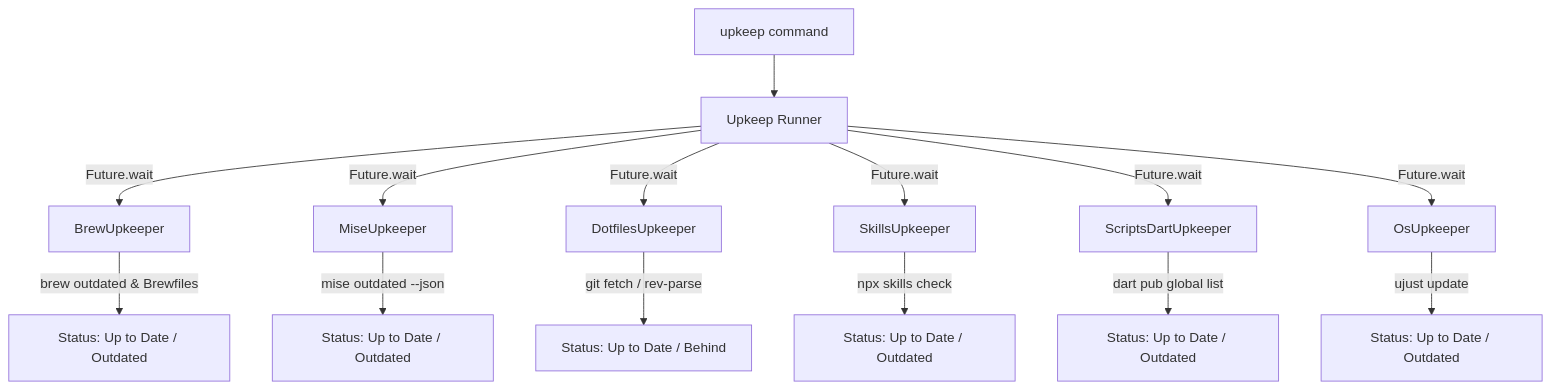
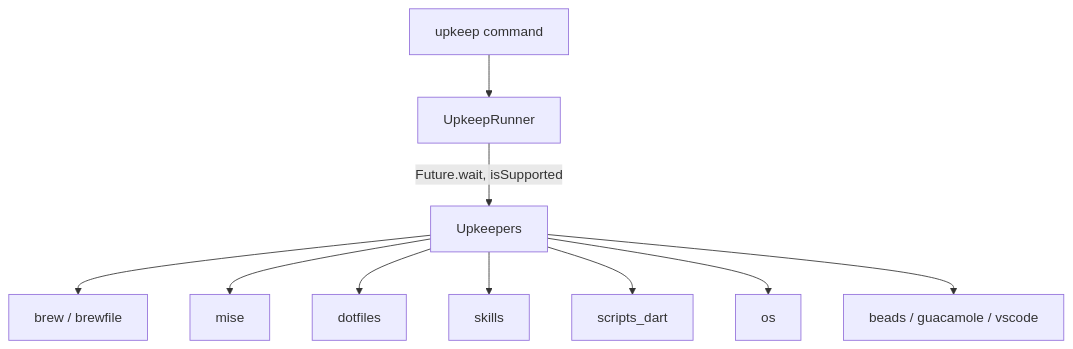
The diagram in .config/upkeep/README.md (kevmoo/personal_dotfiles), drawn with Mermaid before and after one commit. The commit also changed other lines of this file, not shown here.

First line of the commit message:
docs(upkeep): make README match the actual implementation

````diff
--- a/.config/upkeep/README.md
+++ b/.config/upkeep/README.md
@@ -24,17 +51,12 @@
 ```mermaid
 flowchart TD
-    A[upkeep command] --> B[Upkeep Runner]
-    B -->|Future.wait| C[BrewUpkeeper]
-    B -->|Future.wait| D[MiseUpkeeper]
-    B -->|Future.wait| E[DotfilesUpkeeper]
-    B -->|Future.wait| F[SkillsUpkeeper]
-    B -->|Future.wait| G[ScriptsDartUpkeeper]
-    B -->|Future.wait| H[OsUpkeeper]
-
-    C -->|brew outdated & Brewfiles| C1[Status: Up to Date / Outdated]
-    D -->|mise outdated --json| D1[Status: Up to Date / Outdated]
-    E -->|git fetch / rev-parse| E1[Status: Up to Date / Behind]
-    F -->|npx skills check| F1[Status: Up to Date / Outdated]
-    G -->|dart pub global list| G1[Status: Up to Date / Outdated]
-    H -->|ujust update| H1[Status: Up to Date / Outdated]
+    A[upkeep command] --> B[UpkeepRunner]
+    B -->|Future.wait, isSupported| C[Upkeepers]
+    C --> C1[brew / brewfile]
+    C --> C2[mise]
+    C --> C3[dotfiles]
+    C --> C4[skills]
+    C --> C5[scripts_dart]
+    C --> C6[os]
+    C --> C7[beads / guacamole / vscode]
 ```
````
